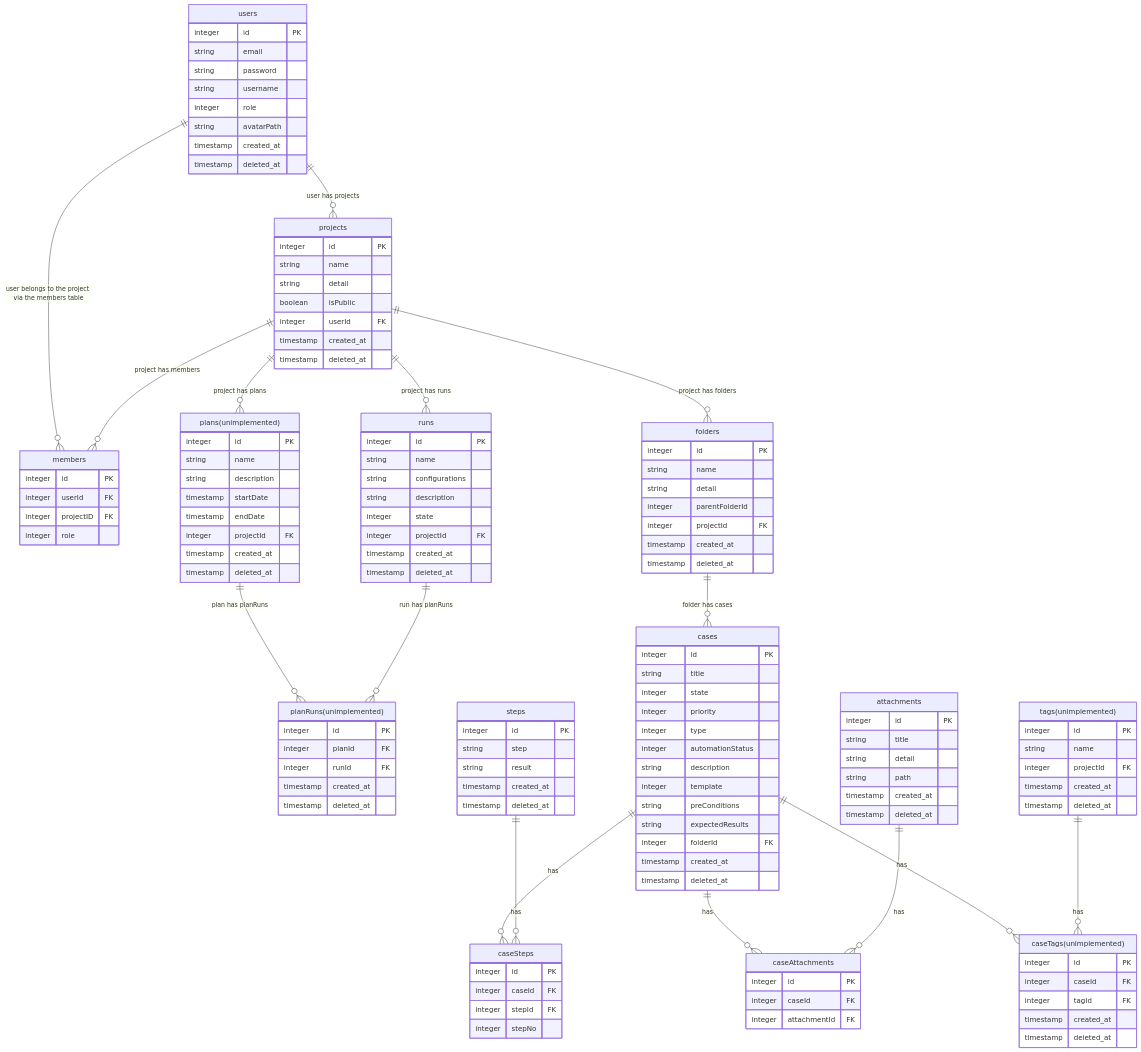
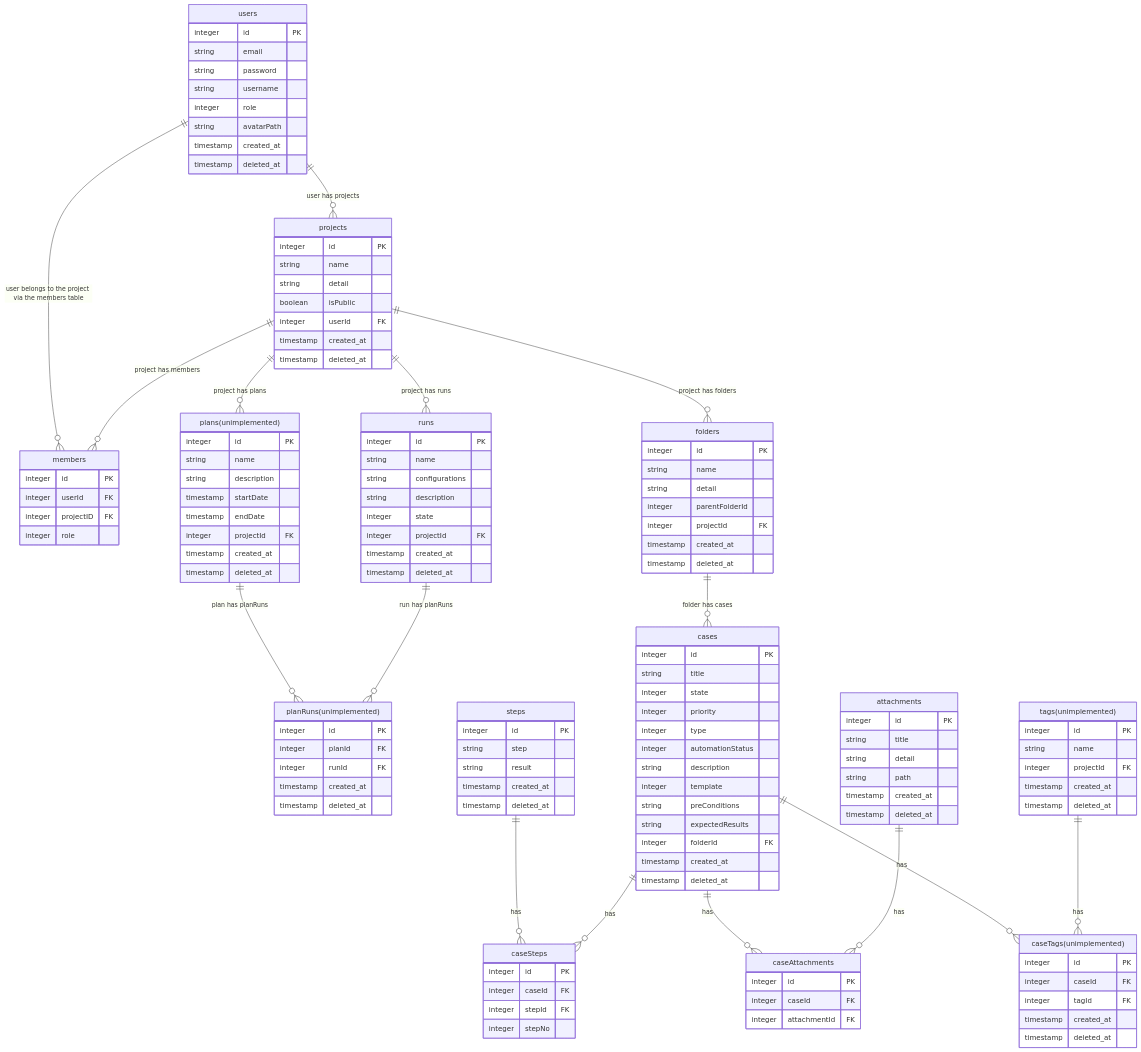
The diagram in docs/docs/dev/er.md (kimatata/unittcms), drawn with Mermaid before and after one commit. The commit also changed other lines of this file, not shown here.

Commit message:
docs: entity relationship diagram arrow crossing (#27)

```diff
--- a/docs/docs/dev/er.md
+++ b/docs/docs/dev/er.md
@@ -18,8 +18,8 @@
   "plans(unimplemented)" ||--o{ "planRuns(unimplemented)": "plan has planRuns"
   runs ||--o{ "planRuns(unimplemented)": "run has planRuns"
   folders ||--o{ cases: "folder has cases"
+  steps ||--o{ caseSteps: "has"
   cases ||--o{ caseSteps: "has"
-  steps ||--o{ caseSteps: "has"
   cases ||--o{ caseAttachments: "has"
   attachments ||--o{ caseAttachments: "has"
   cases ||--o{ "caseTags(unimplemented)": "has"
```
